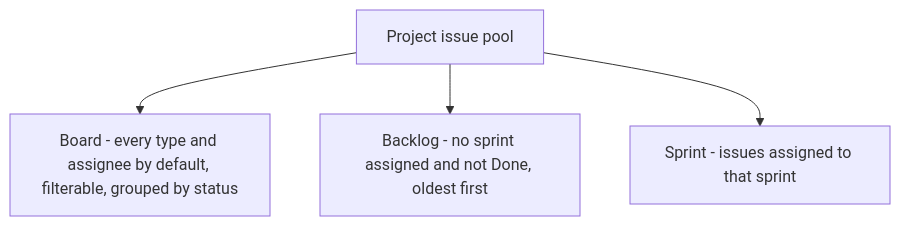
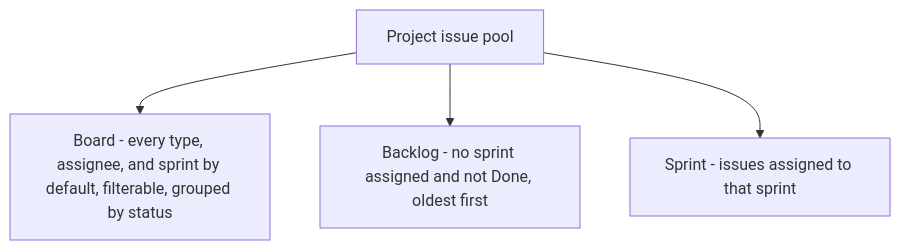
One commit to Mathotics/Keel changed the second of 3 diagrams in docs/adr/ADR-013.md. Above: the diagram before and after it, drawn with Mermaid. The commit also changed other lines of this file and 11 other files, not shown here.

Commit message:
Add a board sprint filter so the Kanban view can show one sprint or only unscheduled work.

````diff
--- a/docs/adr/ADR-013.md
+++ b/docs/adr/ADR-013.md
@@ -139,11 +142,11 @@
 ```mermaid
 flowchart TD
   pool["Project issue pool"]
-  board["Board - every type and assignee by default, filterable, grouped by status"]
+  board["Board - every type, assignee, and sprint by default, filterable, grouped by status"]
   backlog["Backlog - no sprint assigned and not Done, oldest first"]
   sprint["Sprint - issues assigned to that sprint"]
 
   pool --> board
   pool --> backlog
   pool --> sprint
 ```
````
